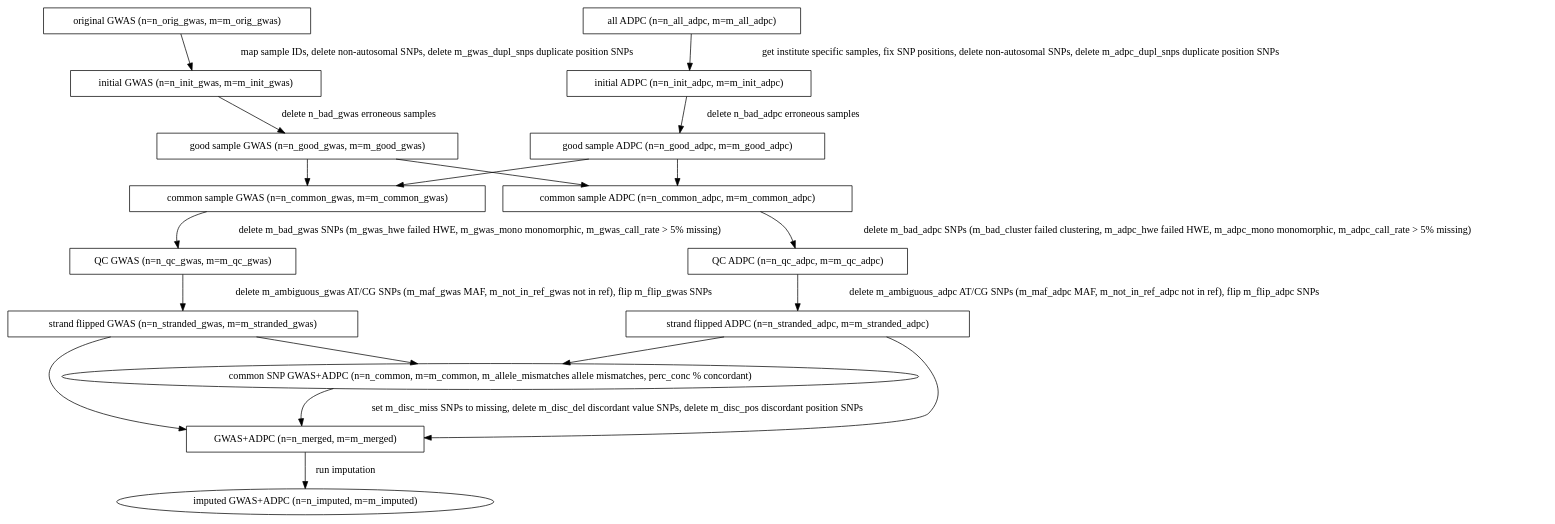
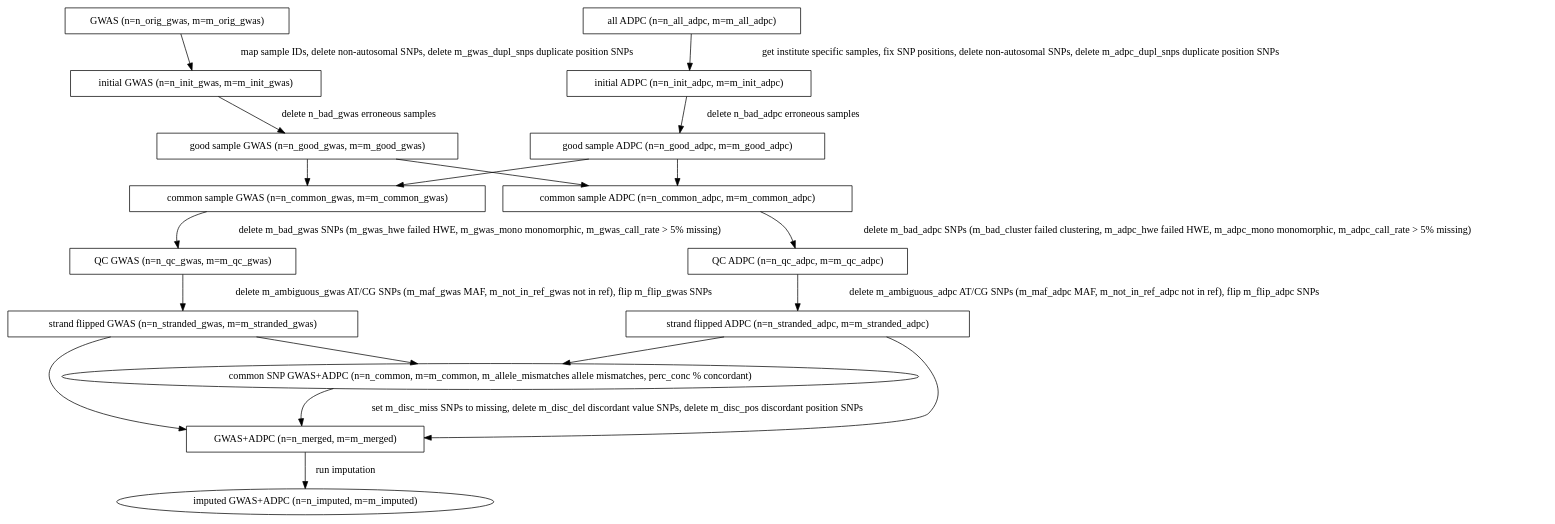
One commit to CAAPA/gwas_adpc_imputation_pipeline changed the diagram in doc/flow.dot. Above: the diagram before and after it, drawn with Graphviz.

Commit message:
Since some of the GWAS files will undergo some pre-processing (liftover, etc), the input GWAS file is no longer alled original

```diff
--- a/doc/flow.dot
+++ b/doc/flow.dot
@@ -1,91 +1,91 @@
 #!dot
 digraph {
 
     //Initial GWAS flow
 
-    ORIG_GWAS [label="original GWAS (n=n_orig_gwas, m=m_orig_gwas)",
+    ORIG_GWAS [label="GWAS (n=n_orig_gwas, m=m_orig_gwas)",
                shape=box] //params: n_orig_gwas, m_orig_gwas
     INIT_GWAS [label="initial GWAS (n=n_init_gwas, m=m_init_gwas)",
                shape=box] //params: n_init_gwas, m_init_gwas
     ORIG_GWAS -> INIT_GWAS [label= " map sample IDs, delete non-autosomal SNPs, delete m_gwas_dupl_snps duplicate position SNPs"];
                  //script: get_gwas_samples
 
 
     GOOD_GWAS [label="good sample GWAS (n=n_good_gwas, m=m_good_gwas)",
                shape=box] //params: n_good_gwas, m_good_gwas
     INIT_GWAS -> GOOD_GWAS [label=" delete n_bad_gwas erroneous samples"];
                 //script: get_good_samples; params: n_bad_gwas
 
     COMMON_GWAS [label="common sample GWAS (n=n_common_gwas, m=m_common_gwas)",
                  shape=box] //params: n_common_gwas, m=m_common_gwas
     GOOD_GWAS -> COMMON_GWAS;
                  //script: get_common_samples
 
     QC_GWAS [label="QC GWAS (n=n_qc_gwas, m=m_qc_gwas)",
              shape=box] //params: n_qc_gwas, m=m_qc_gwas
     COMMON_GWAS -> QC_GWAS [label=" delete m_bad_gwas SNPs (m_gwas_hwe failed HWE, m_gwas_mono monomorphic, m_gwas_call_rate > 5% missing)"];
                 //script: do_gwas_qc; params: m_bad_gwas
                 //m (whatever subcategories removed)
 
 
     FLIPPED_GWAS [label="strand flipped GWAS (n=n_stranded_gwas, m=m_stranded_gwas)",
                   shape=box] //params: n_stranded_gwas, m_stranded_gwas
     QC_GWAS -> FLIPPED_GWAS  [label=" delete m_ambiguous_gwas AT/CG SNPs (m_maf_gwas MAF, m_not_in_ref_gwas not in ref), flip m_flip_gwas SNPs"];
                  //script: flip_strands; params: m_flip_gwas, m_ambiguous_gwas
 
 
     //Initial ADPC flow
 
     ALL_ADPC [label="all ADPC (n=n_all_adpc, m=m_all_adpc)",
               shape=box] //params:n_all_adpc, m_all_adpc
     INIT_ADPC [label="initial ADPC (n=n_init_adpc, m=m_init_adpc)",
                shape=box] //params: n_init_adpc, m_init_adpc
     ALL_ADPC -> INIT_ADPC [label=" get institute specific samples, fix SNP positions, delete non-autosomal SNPs, delete m_adpc_dupl_snps duplicate position SNPs"]
                 //script: get_adpc_samples (site)
 
 
     GOOD_ADPC [label="good sample ADPC (n=n_good_adpc, m=m_good_adpc)",
                shape=box] //params: n_good_adpc, m_good_adpc
     INIT_ADPC -> GOOD_ADPC [label=" delete n_bad_adpc erroneous samples"];
                 //script: get_good_samples; params: n_bad_adpc
 
     COMMON_ADPC [label="common sample ADPC (n=n_common_adpc, m=m_common_adpc)",
                  shape=box] //params: n_common_adpc, m=m_common_adpc
     GOOD_ADPC -> COMMON_ADPC;
                  //script: get_common_samples
 
     QC_ADPC [label="QC ADPC (n=n_qc_adpc, m=m_qc_adpc)",
              shape=box] //params: n_qc_adpc, m=m_qc_adpc
     COMMON_ADPC -> QC_ADPC [label=" delete m_bad_adpc SNPs (m_bad_cluster failed clustering, m_adpc_hwe failed HWE, m_adpc_mono monomorphic, m_adpc_call_rate > 5% missing)"];
                 //script: do_adpc_qc; params: m_bad_adpc
                 //m (whatever subcategories removed)
                 //remember to also remove ACGT
 
     FLIPPED_ADPC [label="strand flipped ADPC (n=n_stranded_adpc, m=m_stranded_adpc)",
                   shape=box] //params: n_stranded_adpc, m_stranded_adpc
     QC_ADPC -> FLIPPED_ADPC [label=" delete m_ambiguous_adpc AT/CG SNPs (m_maf_adpc MAF, m_not_in_ref_adpc not in ref), flip m_flip_adpc SNPs"]
                  //script: flip_strands; params: m_flip_adpc, m_ambiguous_adpc
 
 
 
     //GWAS + ADPC flows
 
     GOOD_ADPC -> COMMON_GWAS;
     GOOD_GWAS -> COMMON_ADPC;
 
     COMMON_SNP [label="common SNP GWAS+ADPC (n=n_common, m=m_common, m_allele_mismatches allele mismatches, perc_conc % concordant)",
                 shape=ellipse] //params: n_common, m_common
     FLIPPED_GWAS -> COMMON_SNP; //script: get_common_snp_files
     FLIPPED_ADPC -> COMMON_SNP; //script: get_common_snp_files
 
     MERGED [label="GWAS+ADPC (n=n_merged, m=m_merged)",
             shape=box] //params: n_merged, m_merged
     COMMON_SNP -> MERGED [label= " set m_disc_miss SNPs to missing, delete m_disc_del discordant value SNPs, delete m_disc_pos discordant position SNPs"];
             //script: merge_adpc_gwas; params: m_disc_miss, m_disc_del
     FLIPPED_GWAS -> MERGED;
     FLIPPED_ADPC -> MERGED;
 
     IMPUTED [label="imputed GWAS+ADPC (n=n_imputed, m=m_imputed)"]
     MERGED -> IMPUTED [label=" run imputation"];
                 //script:
 }
```
